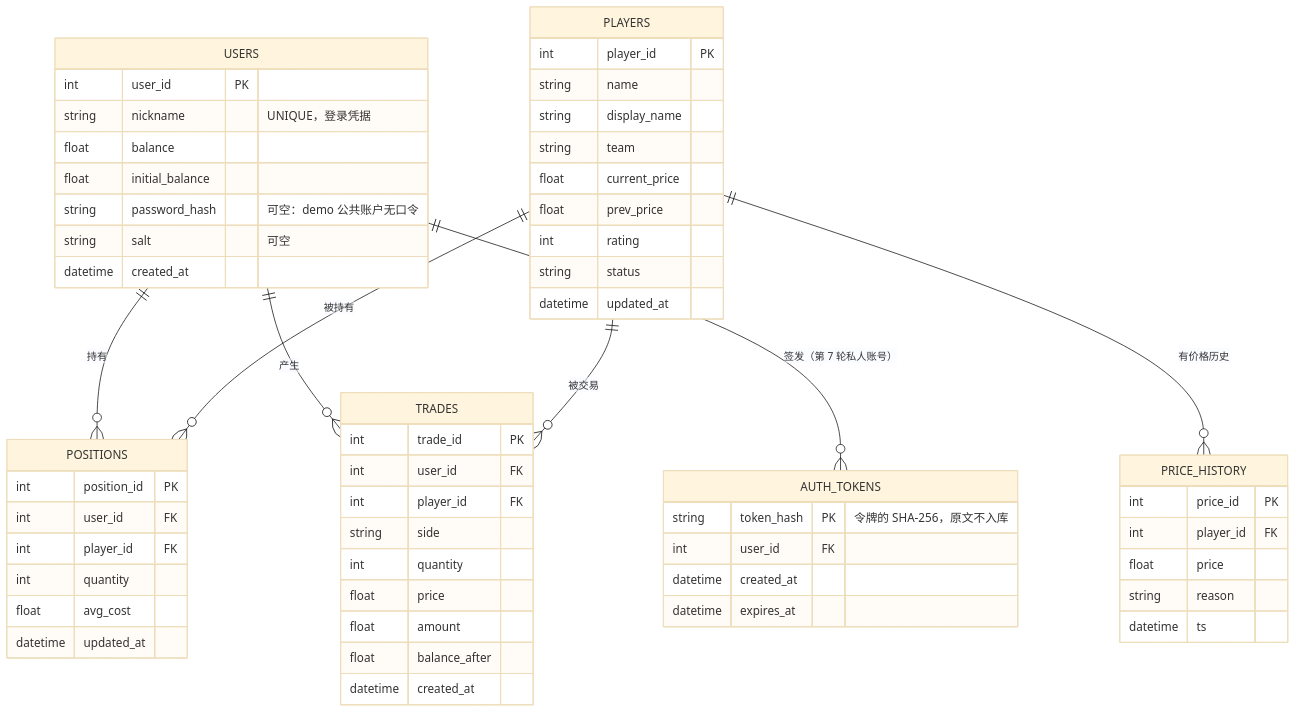
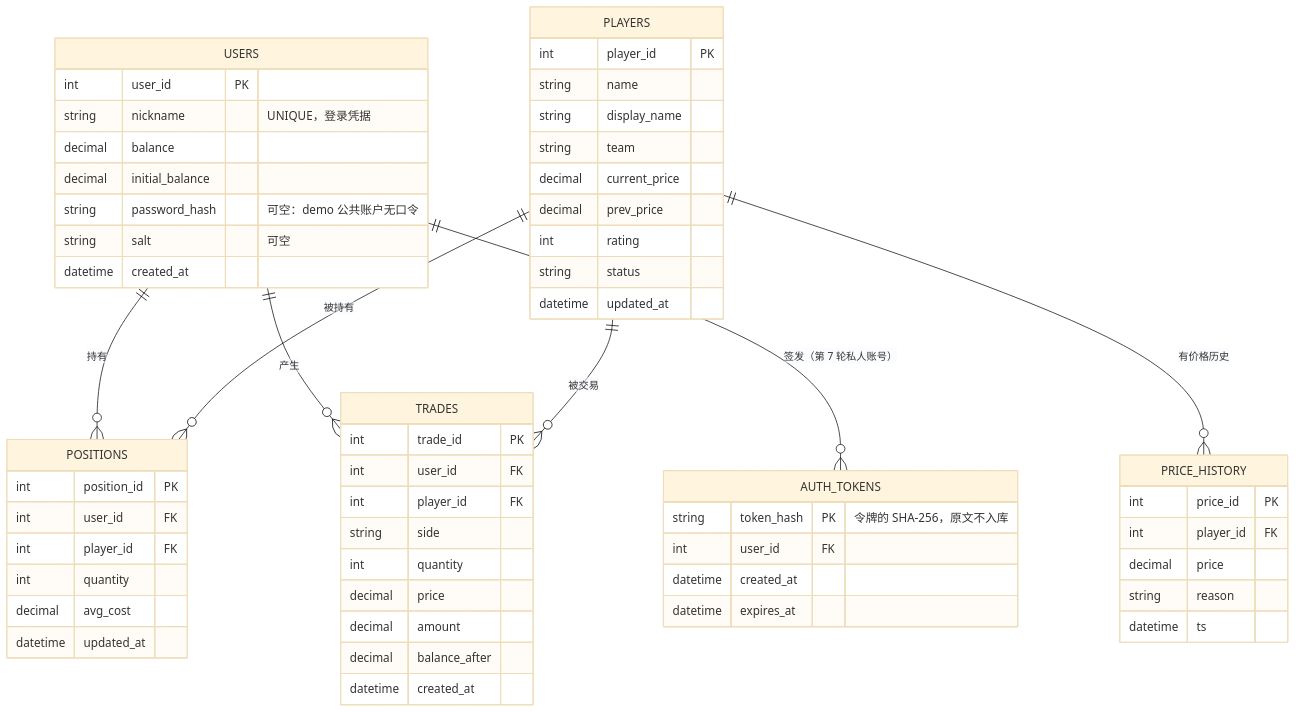
One commit to July75-bit/Innovation changed the diagram in docs/software/database_design.md. Above: the diagram before and after it, drawn with Mermaid (base theme). The commit also changed other lines of this file and 28 other files, not shown here.

````diff
--- a/docs/software/database_design.md
+++ b/docs/software/database_design.md
@@ -9,62 +9,62 @@
 ```mermaid
 erDiagram
     USERS ||--o{ POSITIONS : "持有"
     USERS ||--o{ TRADES : "产生"
     USERS ||--o{ AUTH_TOKENS : "签发（第 7 轮私人账号）"
     PLAYERS ||--o{ POSITIONS : "被持有"
     PLAYERS ||--o{ TRADES : "被交易"
     PLAYERS ||--o{ PRICE_HISTORY : "有价格历史"
 
     USERS {
         int user_id PK
         string nickname "UNIQUE，登录凭据"
-        float balance
-        float initial_balance
+        decimal balance
+        decimal initial_balance
         string password_hash "可空：demo 公共账户无口令"
         string salt "可空"
         datetime created_at
     }
     AUTH_TOKENS {
         string token_hash PK "令牌的 SHA-256，原文不入库"
         int user_id FK
         datetime created_at
         datetime expires_at
     }
     PLAYERS {
         int player_id PK
         string name
         string display_name
         string team
-        float current_price
-        float prev_price
+        decimal current_price
+        decimal prev_price
         int rating
         string status
         datetime updated_at
     }
     POSITIONS {
         int position_id PK
         int user_id FK
         int player_id FK
         int quantity
-        float avg_cost
+        decimal avg_cost
         datetime updated_at
     }
     TRADES {
         int trade_id PK
         int user_id FK
         int player_id FK
         string side
         int quantity
-        float price
-        float amount
-        float balance_after
+        decimal price
+        decimal amount
+        decimal balance_after
         datetime created_at
     }
     PRICE_HISTORY {
         int price_id PK
         int player_id FK
-        float price
+        decimal price
         string reason
         datetime ts
     }
 ```
````
